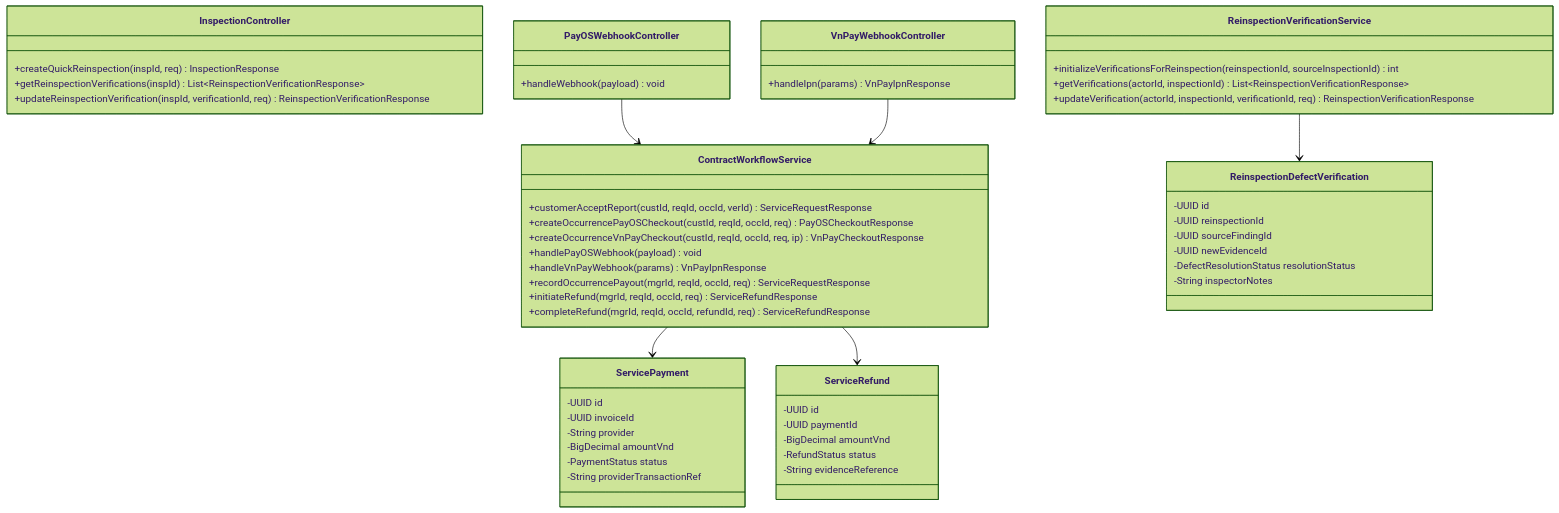
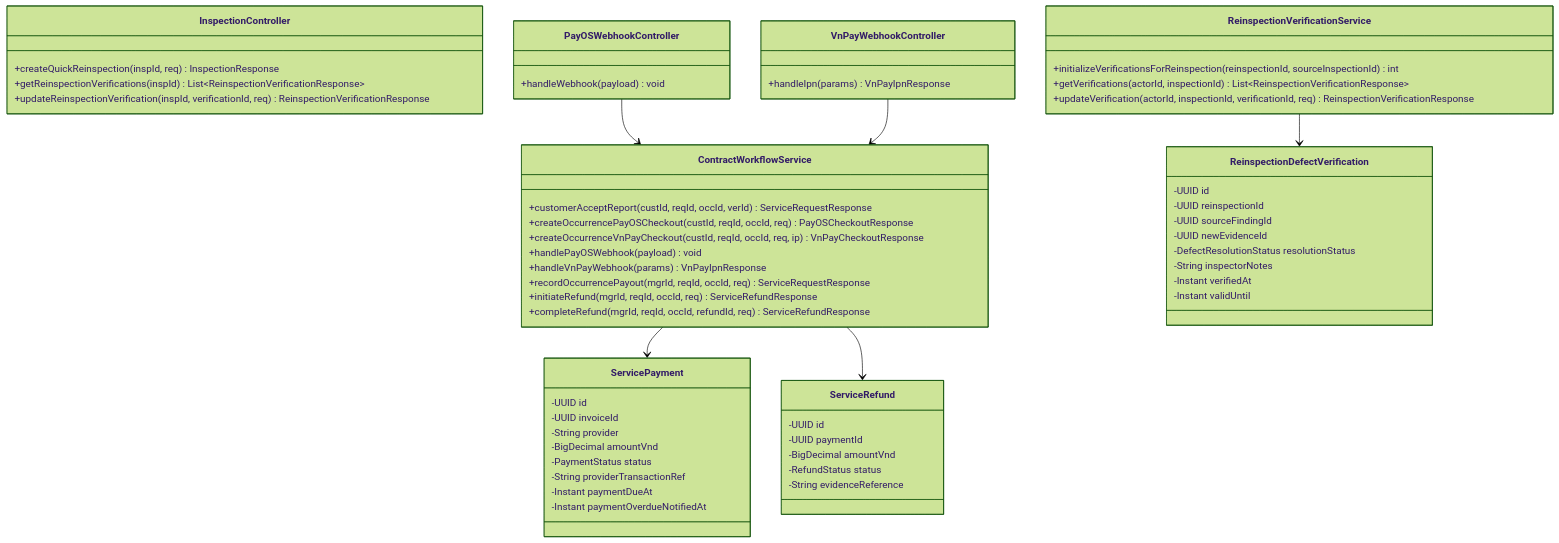
One commit to tungbach12/SmartDroneInspection-Docs changed diagram 20 of 21 in reports/report-4-software-design-document/03-detailed-design.md. Above: the diagram before and after it, drawn with Mermaid (forest theme). The commit also changed other lines of this file and 3 other files, not shown here.

````diff
--- a/reports/report-4-software-design-document/03-detailed-design.md
+++ b/reports/report-4-software-design-document/03-detailed-design.md
@@ -1046,58 +1083,62 @@
 ```mermaid
 %% title: FE-08 Customer Acceptance, Payment Settlement and Re-inspection Class Diagram
 classDiagram
   class InspectionController {
     +createQuickReinspection(inspId, req) InspectionResponse
     +getReinspectionVerifications(inspId) List~ReinspectionVerificationResponse~
     +updateReinspectionVerification(inspId, verificationId, req) ReinspectionVerificationResponse
   }
   class ContractWorkflowService {
     +customerAcceptReport(custId, reqId, occId, verId) ServiceRequestResponse
     +createOccurrencePayOSCheckout(custId, reqId, occId, req) PayOSCheckoutResponse
     +createOccurrenceVnPayCheckout(custId, reqId, occId, req, ip) VnPayCheckoutResponse
     +handlePayOSWebhook(payload) void
     +handleVnPayWebhook(params) VnPayIpnResponse
     +recordOccurrencePayout(mgrId, reqId, occId, req) ServiceRequestResponse
     +initiateRefund(mgrId, reqId, occId, req) ServiceRefundResponse
     +completeRefund(mgrId, reqId, occId, refundId, req) ServiceRefundResponse
   }
   class ReinspectionVerificationService {
     +initializeVerificationsForReinspection(reinspectionId, sourceInspectionId) int
     +getVerifications(actorId, inspectionId) List~ReinspectionVerificationResponse~
     +updateVerification(actorId, inspectionId, verificationId, req) ReinspectionVerificationResponse
   }
   class PayOSWebhookController {
     +handleWebhook(payload) void
   }
   class VnPayWebhookController {
     +handleIpn(params) VnPayIpnResponse
   }
   class ServicePayment {
     -UUID id
     -UUID invoiceId
     -String provider
     -BigDecimal amountVnd
     -PaymentStatus status
     -String providerTransactionRef
+    -Instant paymentDueAt
+    -Instant paymentOverdueNotifiedAt
   }
   class ServiceRefund {
     -UUID id
     -UUID paymentId
     -BigDecimal amountVnd
     -RefundStatus status
     -String evidenceReference
   }
   class ReinspectionDefectVerification {
     -UUID id
     -UUID reinspectionId
     -UUID sourceFindingId
     -UUID newEvidenceId
     -DefectResolutionStatus resolutionStatus
     -String inspectorNotes
+    -Instant verifiedAt
+    -Instant validUntil
   }
   ContractWorkflowService --> ServicePayment
   ContractWorkflowService --> ServiceRefund
   PayOSWebhookController --> ContractWorkflowService
   VnPayWebhookController --> ContractWorkflowService
   ReinspectionVerificationService --> ReinspectionDefectVerification
 ```
````
